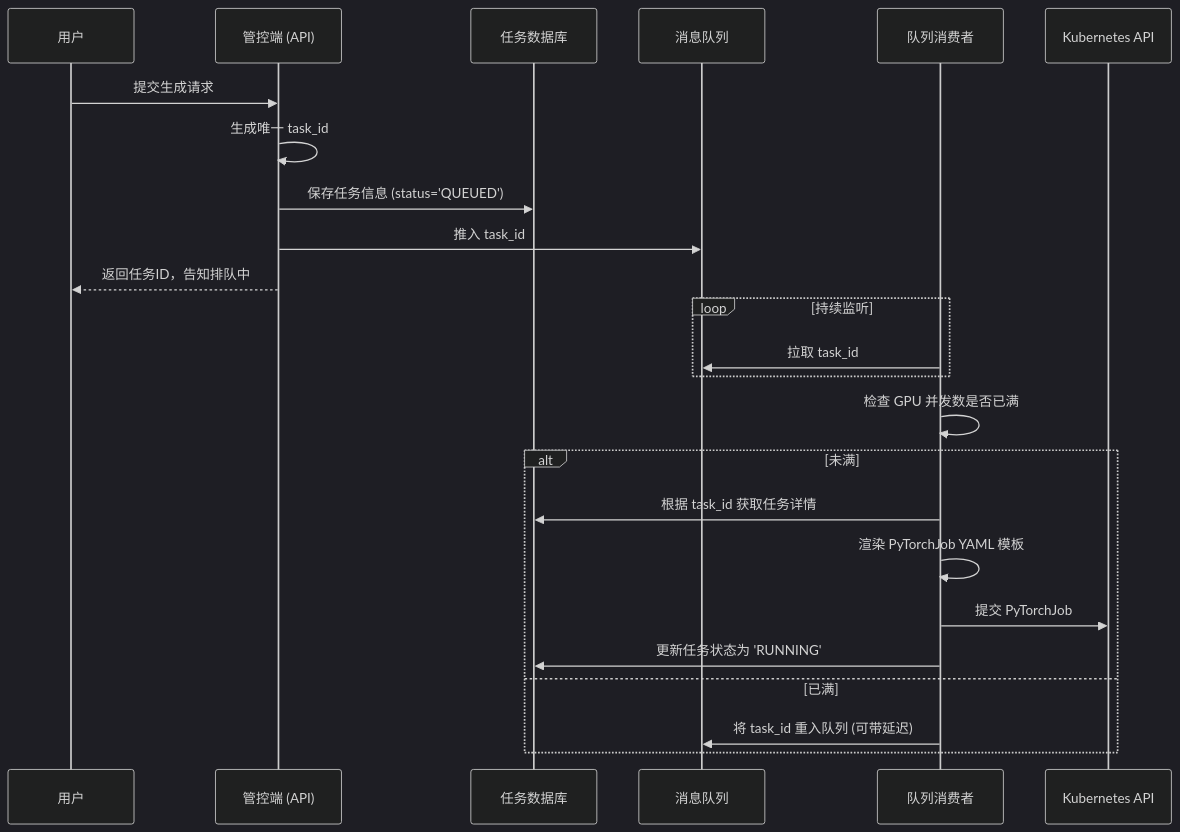
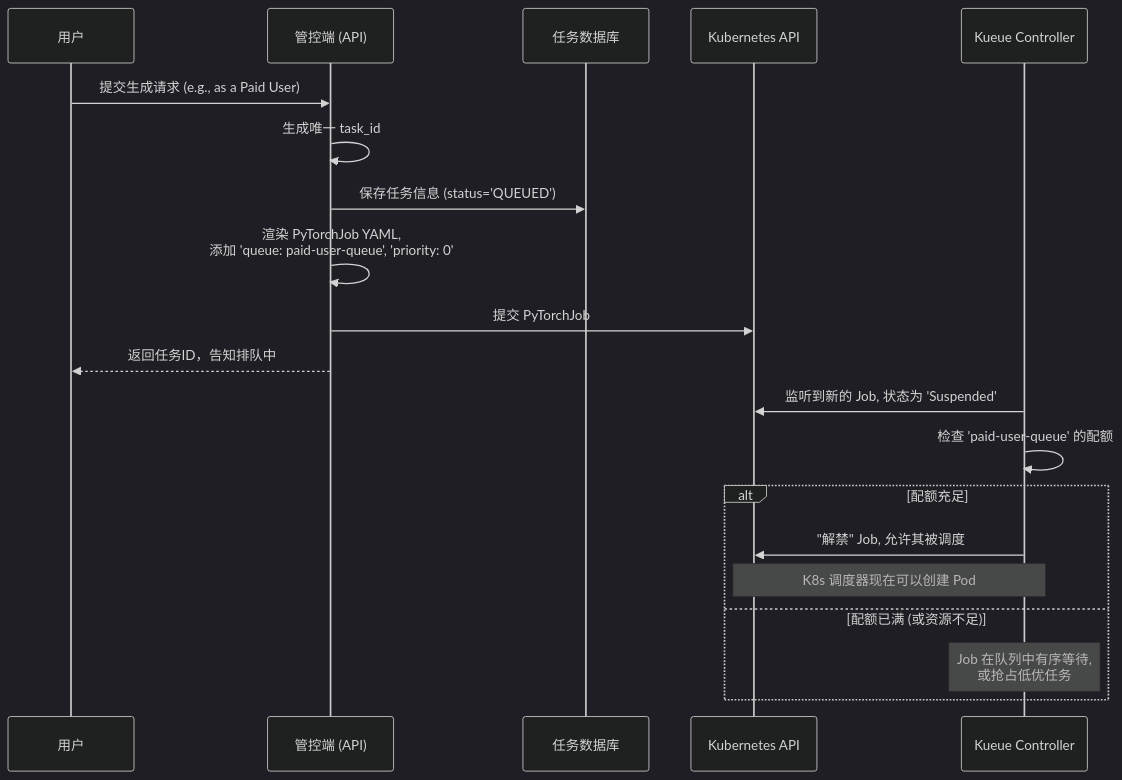
The first of 2 diagrams in 体验中心—后端架构.md (xiaolin8/Wan2.2), drawn with Mermaid (dark theme) before and after one commit. The commit also changed other lines of this file and 1 other file, not shown here.

First line of the commit message:
docs(architecture): 更新架构文档以反映 Kueue 集成后的变化

````diff
--- a/体验中心—后端架构.md
+++ b/体验中心—后端架构.md
@@ -63,29 +96,24 @@
 ```mermaid
 sequenceDiagram
     participant User as 用户
     participant Controller as 管控端 (API)
     participant Database as 任务数据库
-    participant TaskQueue as 消息队列
-    participant Worker as 队列消费者
     participant K8sAPI as Kubernetes API
+    participant Kueue as Kueue Controller
 
-    User->>Controller: 提交生成请求
+    User->>Controller: 提交生成请求 (e.g., as a Paid User)
     Controller->>Controller: 生成唯一 task_id
     Controller->>Database: 保存任务信息 (status='QUEUED')
-    Controller->>TaskQueue: 推入 task_id
+    Controller->>Controller: 渲染 PyTorchJob YAML, <br/>添加 'queue: paid-user-queue', 'priority: 0'
+    Controller->>K8sAPI: 提交 PyTorchJob
     Controller-->>User: 返回任务ID，告知排队中
 
-    loop 持续监听
-        Worker->>TaskQueue: 拉取 task_id
-    end
-
-    Worker->>Worker: 检查 GPU 并发数是否已满
-    alt 未满
-        Worker->>Database: 根据 task_id 获取任务详情
-        Worker->>Worker: 渲染 PyTorchJob YAML 模板
-        Worker->>K8sAPI: 提交 PyTorchJob
-        Worker->>Database: 更新任务状态为 'RUNNING'
-    else 已满
-        Worker->>TaskQueue: 将 task_id 重入队列 (可带延迟)
+    Kueue->>K8sAPI: 监听到新的 Job, 状态为 'Suspended'
+    Kueue->>Kueue: 检查 'paid-user-queue' 的配额
+    alt 配额充足
+        Kueue->>K8sAPI: "解禁" Job, 允许其被调度
+        Note over K8sAPI, Kueue: K8s 调度器现在可以创建 Pod
+    else 配额已满 (或资源不足)
+        Note over Kueue: Job 在队列中有序等待, <br/>或抢占低优任务
     end
 ```
````
